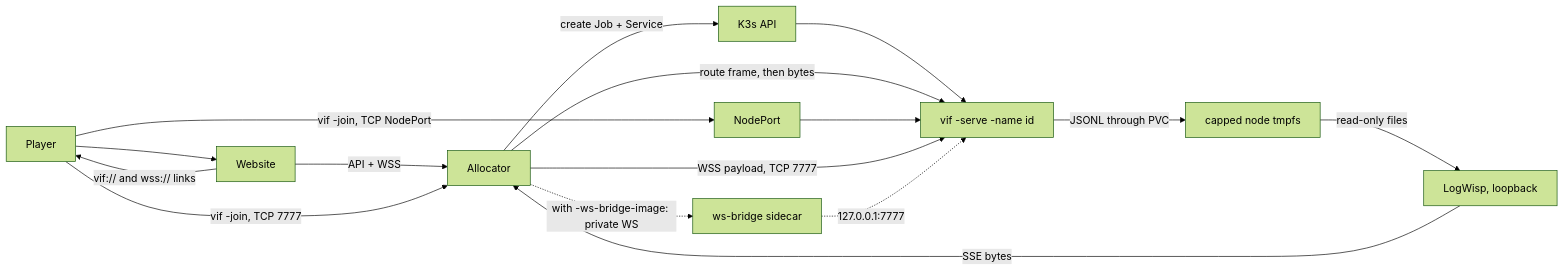
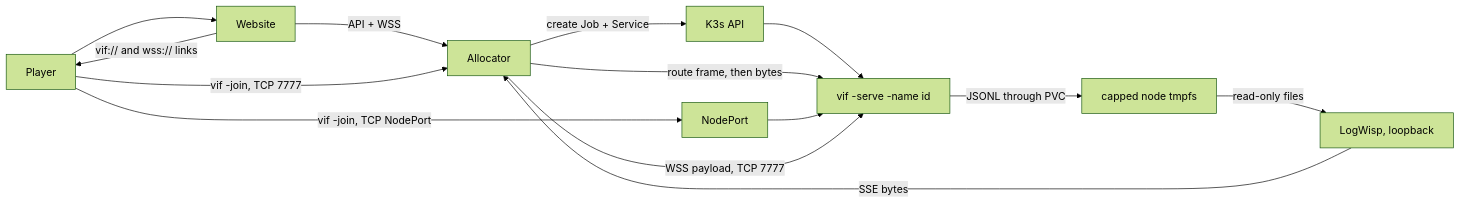
Before and after one commit to lixenwraith/vif: the diagram in doc/kubernetes-fleet.md, drawn with Mermaid (forest theme). The commit also changed other lines of this file and 31 other files, not shown here.

````diff
--- a/doc/kubernetes-fleet.md
+++ b/doc/kubernetes-fleet.md
@@ -29,17 +29,15 @@
 ```mermaid
 flowchart LR
     Player["Player"] --> Site["Website"]
     Site -->|"API + WSS"| Alloc["Allocator"]
     Alloc -->|"create Job + Service"| API["K3s API"]
     API --> Pod["vif -serve -name id"]
     Site -->|"vif:// and wss:// links"| Player
     Player -->|"vif -join, TCP 7777"| Alloc
     Alloc -->|"route frame, then bytes"| Pod
     Player -->|"vif -join, TCP NodePort"| NP["NodePort"] --> Pod
     Alloc -->|"WSS payload, TCP 7777"| Pod
-    Alloc -.->|"with -ws-bridge-image: private WS"| Bridge["ws-bridge sidecar"]
-    Bridge -.->|"127.0.0.1:7777"| Pod
     Pod -->|"JSONL through PVC"| Logs["capped node tmpfs"]
     Logs -->|"read-only files"| Wisp["LogWisp, loopback"]
     Wisp -->|"SSE bytes"| Alloc
 ```
````
